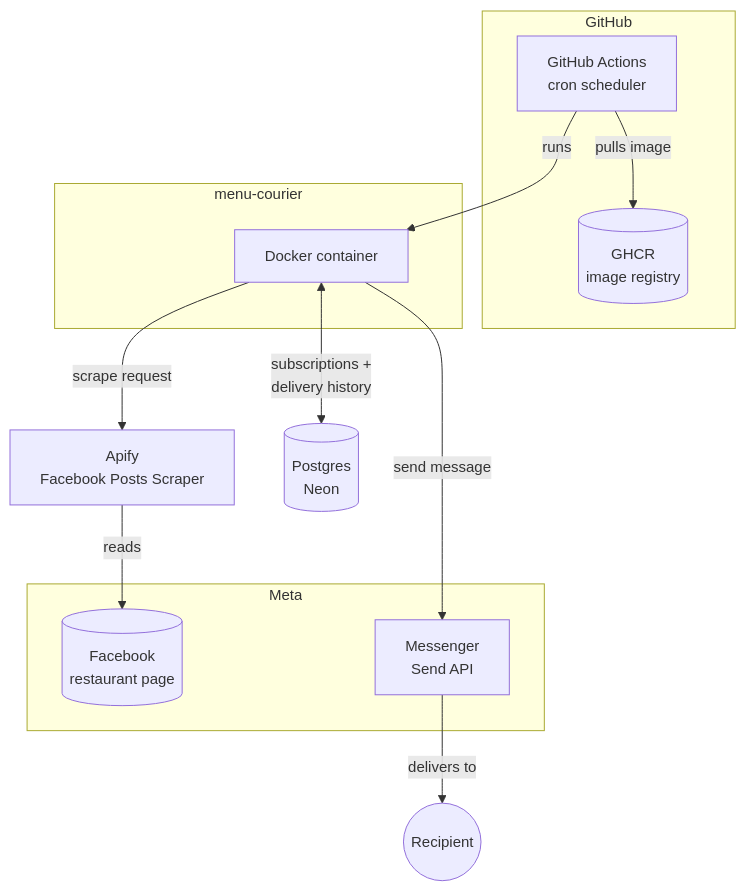
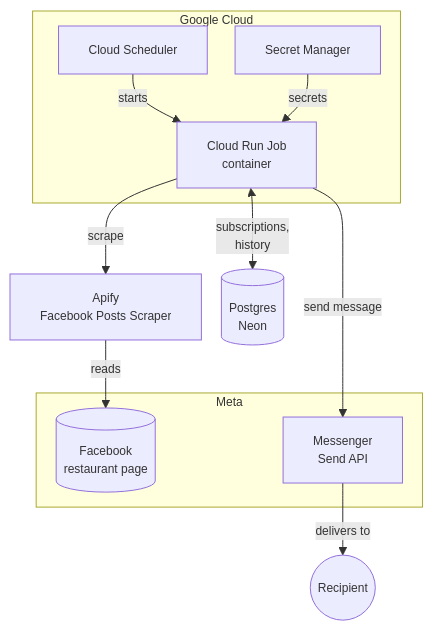
Before and after one commit to terleckimaciej/menu-courier: the diagram in README.md, drawn with Mermaid. The commit also changed other lines of this file and 5 other files, not shown here.

First line of the commit message:
docs: describe the Cloud Run architecture and remove the old cron (#34)

````diff
--- a/README.md
+++ b/README.md
@@ -23,29 +19,26 @@
 ```mermaid
-%%{init: {'themeVariables': {'fontSize': '15px'}}}%%
+%%{init: {'flowchart': {'nodeSpacing': 20, 'rankSpacing': 30}, 'themeVariables': {'fontSize': '12px'}}}%%
 flowchart TB
-    subgraph gh[GitHub]
-        Actions[GitHub Actions<br/>cron scheduler]
-        Registry[(GHCR<br/>image registry)]
-    end
-
-    subgraph app[menu-courier]
-        Container[Docker container]
+    subgraph gcp[Google Cloud]
+        Scheduler[Cloud Scheduler]
+        Job[Cloud Run Job<br/>container]
+        SM[Secret Manager]
     end
 
     subgraph meta[Meta]
         FB[(Facebook<br/>restaurant page)]
         MSG[Messenger<br/>Send API]
     end
 
     Apify[Apify<br/>Facebook Posts Scraper]
     DB[(Postgres<br/>Neon)]
     User((Recipient))
 
-    Actions -->|pulls image| Registry
-    Actions -->|runs| Container
-    Container -->|scrape request| Apify
+    Scheduler -->|starts| Job
+    SM -->|secrets| Job
+    Job -->|scrape| Apify
     Apify -->|reads| FB
-    Container <-->|subscriptions +<br/>delivery history| DB
-    Container -->|send message| MSG
+    Job <-->|subscriptions,<br/>history| DB
+    Job -->|send message| MSG
     MSG -->|delivers to| User
 ```
````
